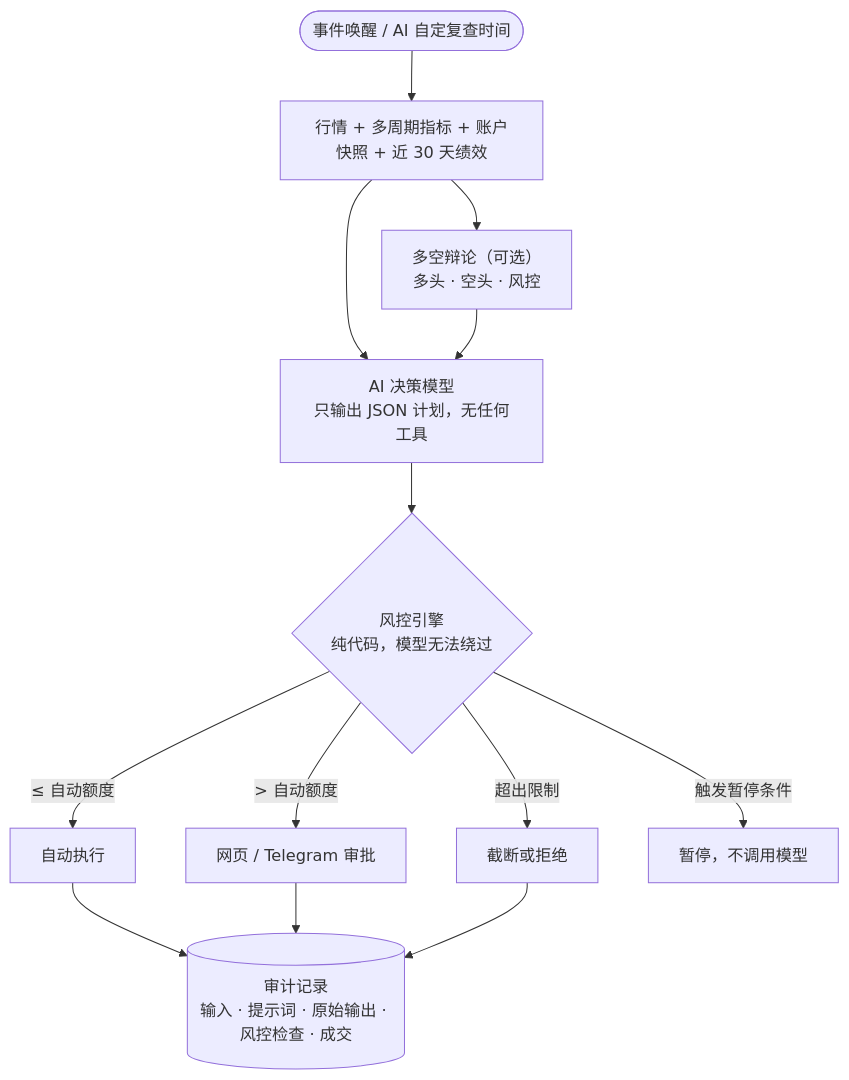
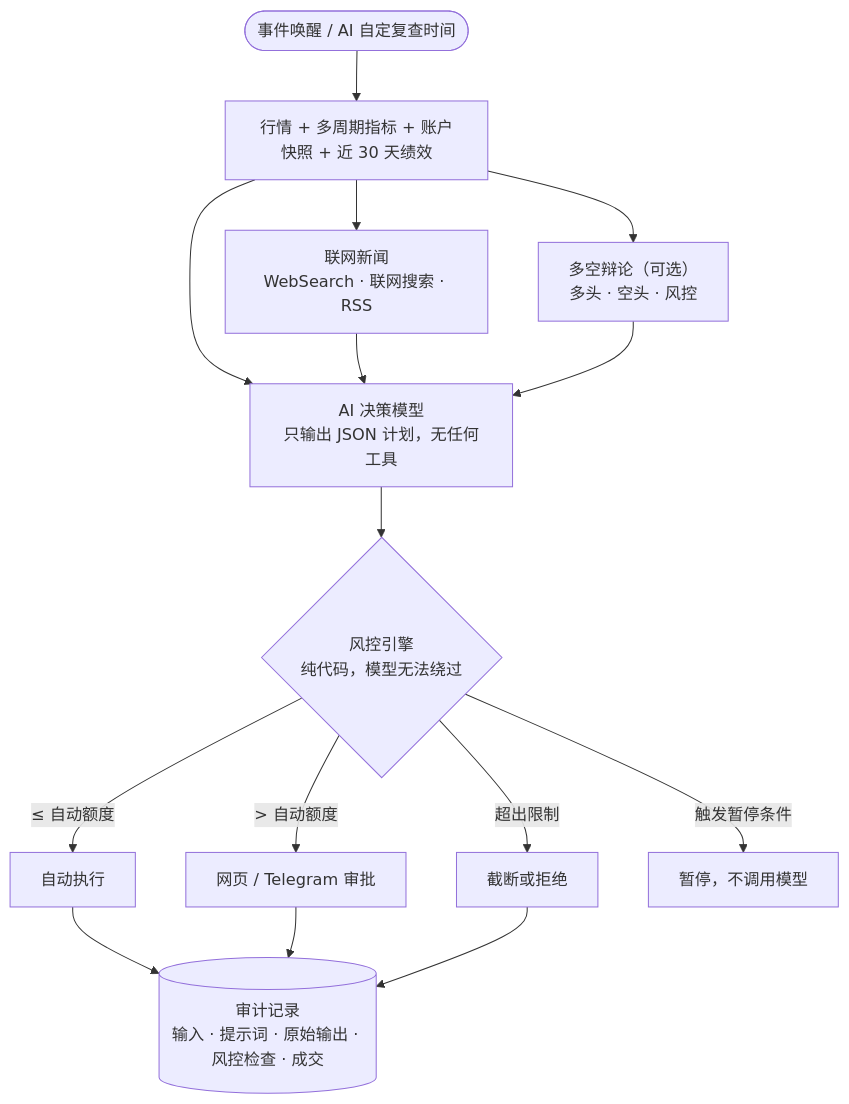
The diagram in README.md (TypeThe0ry/BinanceClaw), drawn with Mermaid before and after one commit. The commit also changed other lines of this file and 25 other files, not shown here.

````diff
--- a/README.md
+++ b/README.md
@@ -118,15 +118,17 @@
 ```mermaid
 flowchart TD
     T([事件唤醒 / AI 自定复查时间]) --> S[行情 + 多周期指标 + 账户快照 + 近 30 天绩效]
+    S --> N[联网新闻<br/>WebSearch · 联网搜索 · RSS]
     S --> D[多空辩论（可选）<br/>多头 · 空头 · 风控]
     S --> M[AI 决策模型<br/>只输出 JSON 计划，无任何工具]
+    N --> M
     D --> M
     M --> R{风控引擎<br/>纯代码，模型无法绕过}
     R -->|≤ 自动额度| A[自动执行]
     R -->|> 自动额度| P[网页 / Telegram 审批]
     R -->|超出限制| X[截断或拒绝]
     R -->|触发暂停条件| H[暂停，不调用模型]
     A --> L[(审计记录<br/>输入 · 提示词 · 原始输出 · 风控检查 · 成交)]
     P --> L
     X --> L
 ```
````
